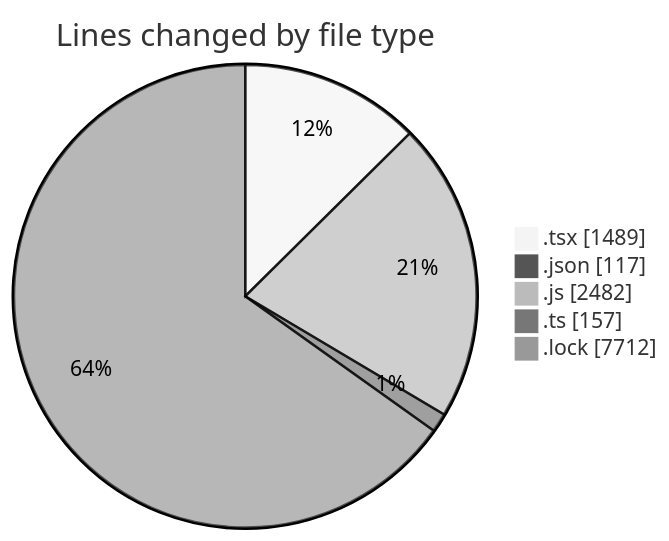
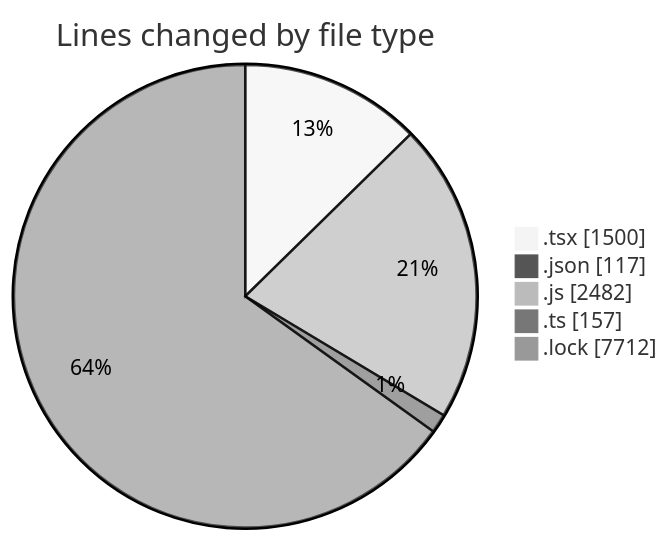
One commit to momahboobian/code-tracking changed the first of 2 diagrams in 2025-04-28/cda/README.md. Above: the diagram before and after it, drawn with Mermaid (neutral theme). The commit also changed other lines of this file and 1 other file, not shown here.

````diff
--- a/2025-04-28/cda/README.md
+++ b/2025-04-28/cda/README.md
@@ -32,9 +32,9 @@
 ```mermaid
 pie showData
 title Lines changed by file type
-".tsx" : 1489
+".tsx" : 1500
 ".json" : 117
 ".js" : 2482
 ".ts" : 157
 ".lock" : 7712
 ```
````
